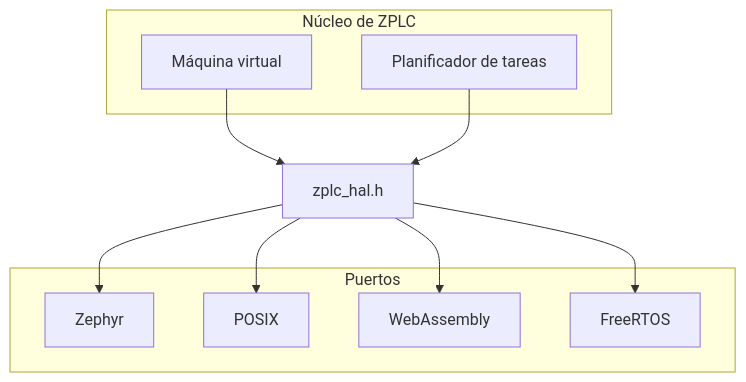
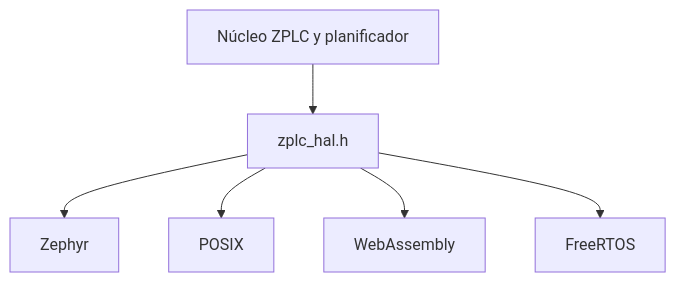
The diagram in docs/i18n/es/docusaurus-plugin-content-docs/current/runtime/hal-contract.md (eduardojvieira/ZPLC), drawn with Mermaid before and after one commit. The commit also changed other lines of this file and 11 other files, not shown here.

Commit message:
docs(runtime): rewrite the architecture, runtime overview, scheduler, memory model, persistence and HAL pages

````diff
--- a/docs/i18n/es/docusaurus-plugin-content-docs/current/runtime/hal-contract.md
+++ b/docs/i18n/es/docusaurus-plugin-content-docs/current/runtime/hal-contract.md
@@ -145,23 +17,8 @@
 ```mermaid
-graph TB
-    subgraph "Núcleo de ZPLC"
-        VM[Máquina virtual]
-        Scheduler[Planificador de tareas]
-    end
-
-    HAL[zplc_hal.h]
-
-    subgraph "Puertos"
-        Zephyr[Zephyr]
-        POSIX[POSIX]
-        WASM[WebAssembly]
-        FreeRTOS[FreeRTOS]
-    end
-
-    VM --> HAL
-    Scheduler --> HAL
-    HAL --> Zephyr
-    HAL --> POSIX
-    HAL --> WASM
-    HAL --> FreeRTOS
+flowchart TD
+  Core[Núcleo ZPLC y planificador] --> HAL[zplc_hal.h]
+  HAL --> Zephyr[Zephyr]
+  HAL --> POSIX[POSIX]
+  HAL --> WASM[WebAssembly]
+  HAL --> FreeRTOS[FreeRTOS]
 ```
````
